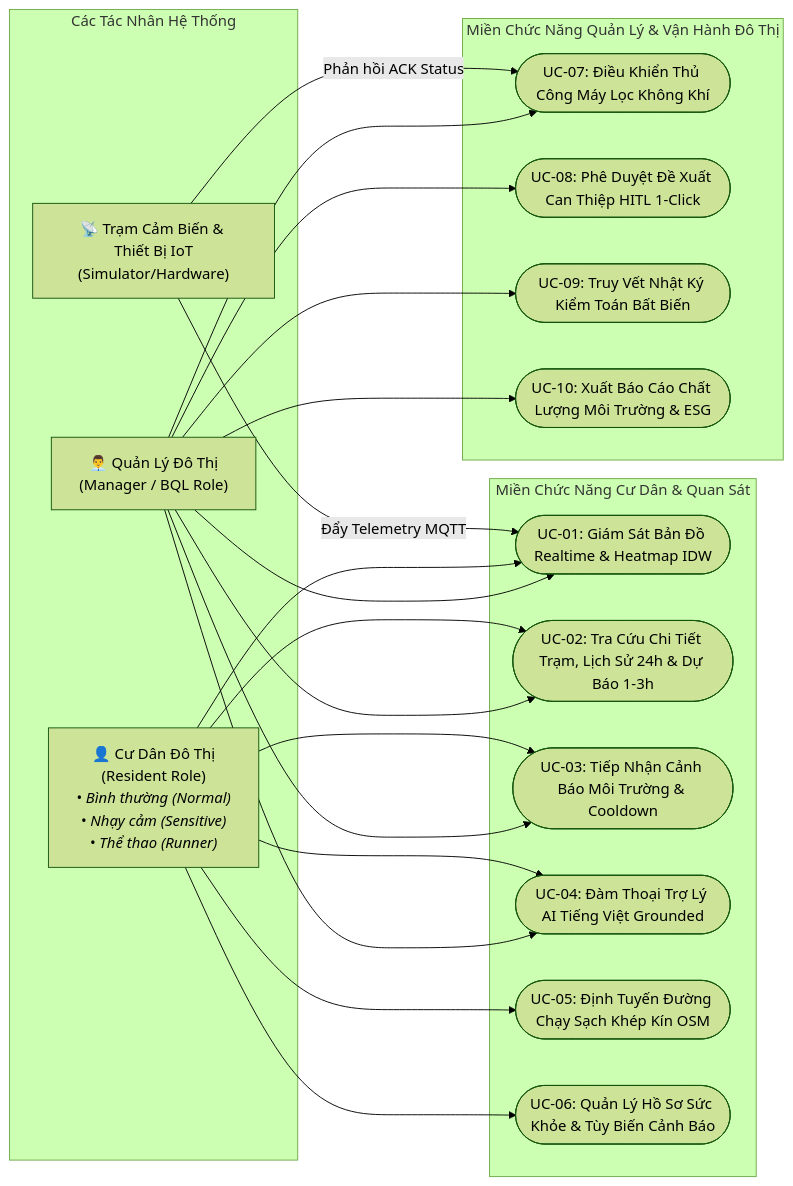
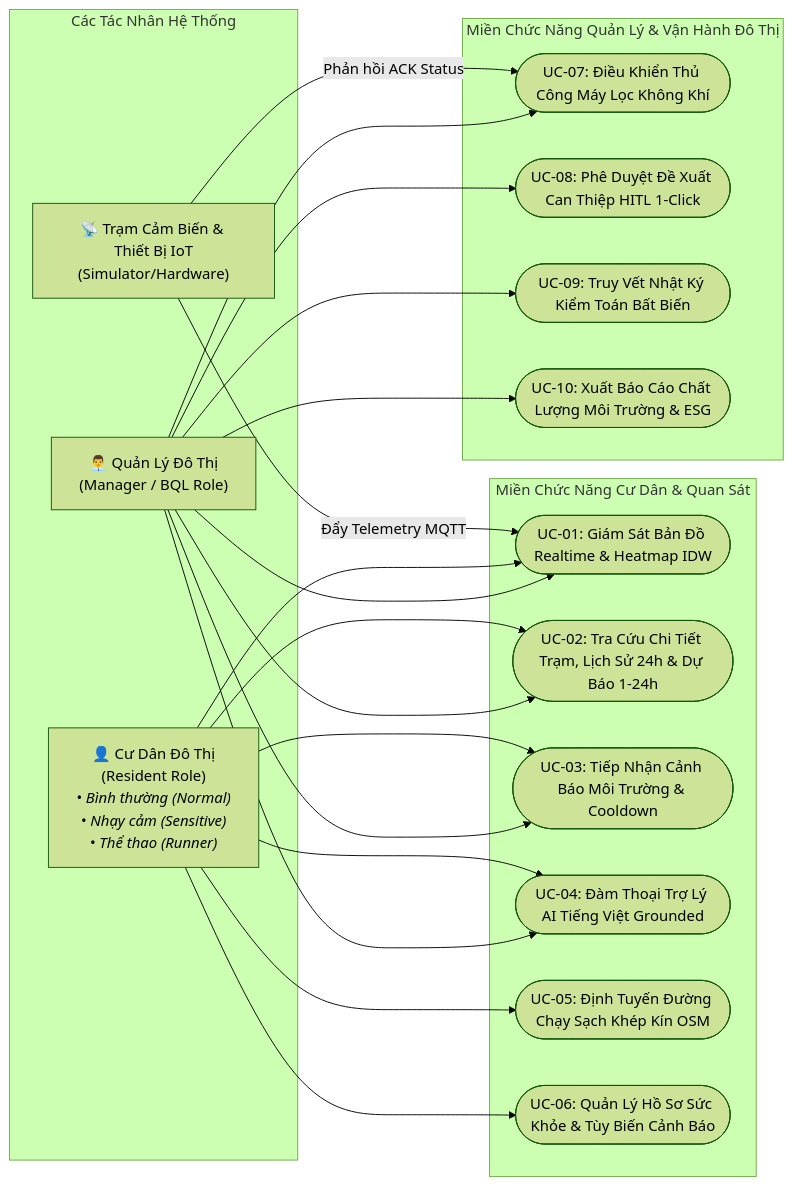
The first of 5 diagrams in docs/SRS.md (zangzang1303/airguard-core), drawn with Mermaid (forest theme) before and after one commit. The commit also changed other lines of this file and 2 other files, not shown here.

````diff
--- a/docs/SRS.md
+++ b/docs/SRS.md
@@ -266,43 +266,43 @@
 ```mermaid
 flowchart LR
     subgraph Actors [Các Tác Nhân Hệ Thống]
         Resident["👤 Cư Dân Đô Thị<br/>(Resident Role)<br/><i>• Bình thường (Normal)<br/>• Nhạy cảm (Sensitive)<br/>• Thể thao (Runner)</i>"]
         Manager["👨‍💼 Quản Lý Đô Thị<br/>(Manager / BQL Role)"]
         Sensor["📡 Trạm Cảm Biến & Thiết Bị IoT<br/>(Simulator/Hardware)"]
     end
 
     subgraph CoreDomain [Miền Chức Năng Cư Dân & Quan Sát]
         UC01(["UC-01: Giám Sát Bản Đồ Realtime & Heatmap IDW"])
-        UC02(["UC-02: Tra Cứu Chi Tiết Trạm, Lịch Sử 24h & Dự Báo 1-3h"])
+        UC02(["UC-02: Tra Cứu Chi Tiết Trạm, Lịch Sử 24h & Dự Báo 1-24h"])
         UC03(["UC-03: Tiếp Nhận Cảnh Báo Môi Trường & Cooldown"])
         UC04(["UC-04: Đàm Thoại Trợ Lý AI Tiếng Việt Grounded"])
         UC05(["UC-05: Định Tuyến Đường Chạy Sạch Khép Kín OSM"])
         UC06(["UC-06: Quản Lý Hồ Sơ Sức Khỏe & Tùy Biến Cảnh Báo"])
     end
 
     subgraph AdminDomain [Miền Chức Năng Quản Lý & Vận Hành Đô Thị]
         UC07(["UC-07: Điều Khiển Thủ Công Máy Lọc Không Khí"])
         UC08(["UC-08: Phê Duyệt Đề Xuất Can Thiệp HITL 1-Click"])
         UC09(["UC-09: Truy Vết Nhật Ký Kiểm Toán Bất Biến"])
         UC10(["UC-10: Xuất Báo Cáo Chất Lượng Môi Trường & ESG"])
     end
 
     Sensor -->|Đẩy Telemetry MQTT| UC01
     Sensor -->|Phản hồi ACK Status| UC07
 
     Resident --> UC01
     Resident --> UC02
     Resident --> UC03
     Resident --> UC04
     Resident --> UC05
     Resident --> UC06
 
     Manager --> UC01
     Manager --> UC02
     Manager --> UC03
     Manager --> UC04
     Manager --> UC07
     Manager --> UC08
     Manager --> UC09
     Manager --> UC10
 ```
````
